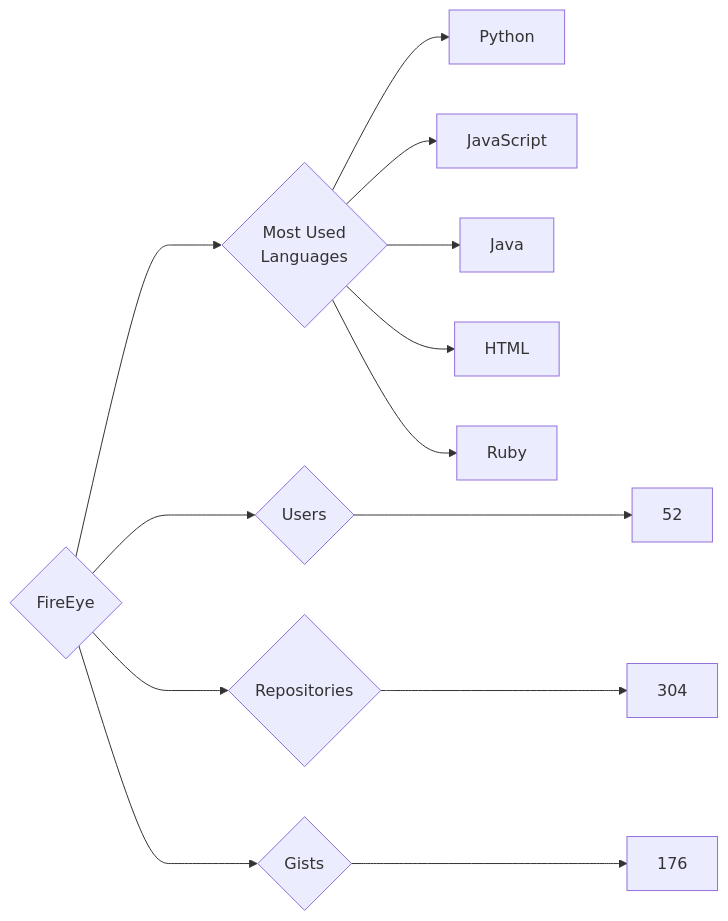
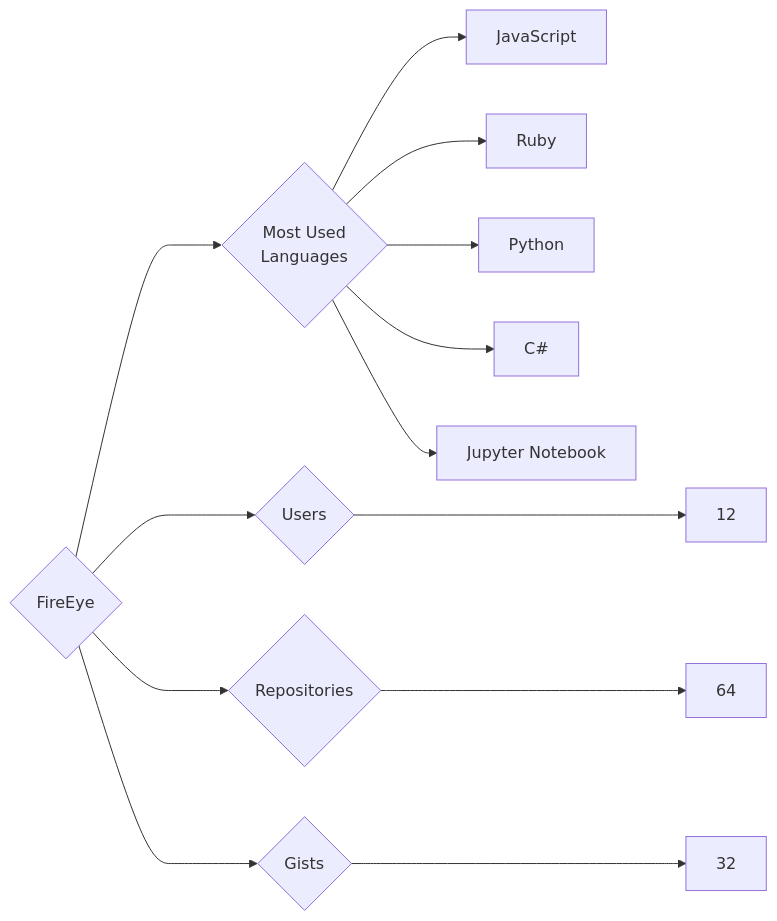
One commit to trickest/insiders changed the diagram in targets/FireEye/README.md. Above: the diagram before and after it, drawn with Mermaid. The commit also changed 932 other files, not shown here.

````diff
--- a/targets/FireEye/README.md
+++ b/targets/FireEye/README.md
@@ -3,13 +3,13 @@
 ```mermaid
 graph LR
 COMPANY_NAME{FireEye}
-COMPANY_NAME ---> U{Users} ---> UN[52]
-COMPANY_NAME ---> R{Repositories} ---> RN[304]
-COMPANY_NAME ---> G{Gists} ---> GN[176]
+COMPANY_NAME ---> U{Users} ---> UN[12]
+COMPANY_NAME ---> R{Repositories} ---> RN[64]
+COMPANY_NAME ---> G{Gists} ---> GN[32]
 COMPANY_NAME ---> ML{Most Used<br>Languages}
+ML --> JavaScript[JavaScript]
+ML --> Ruby[Ruby]
 ML --> Python[Python]
-ML --> JavaScript[JavaScript]
-ML --> Java[Java]
-ML --> HTML[HTML]
-ML --> Ruby[Ruby]
+ML --> C#[C#]
+ML --> Jupyter_Notebook[Jupyter Notebook]
 ```
````
